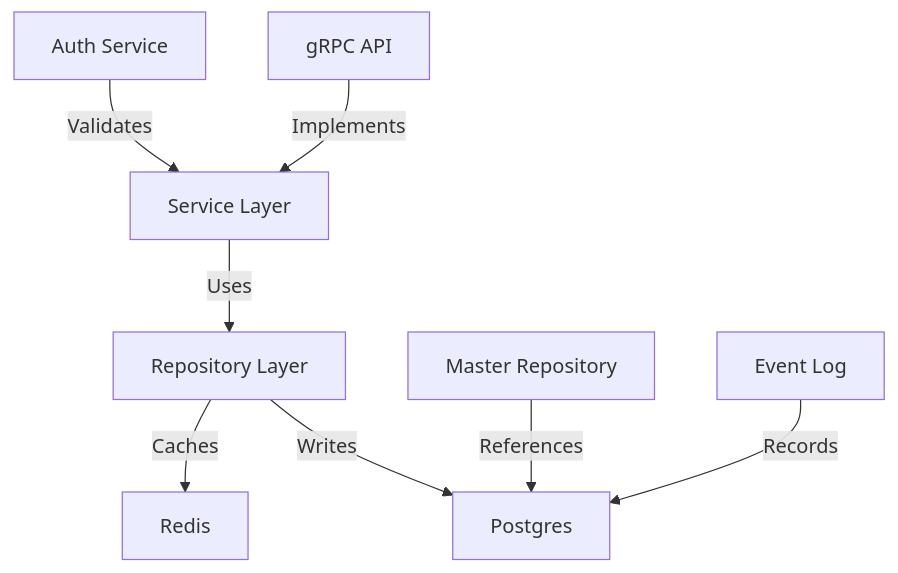
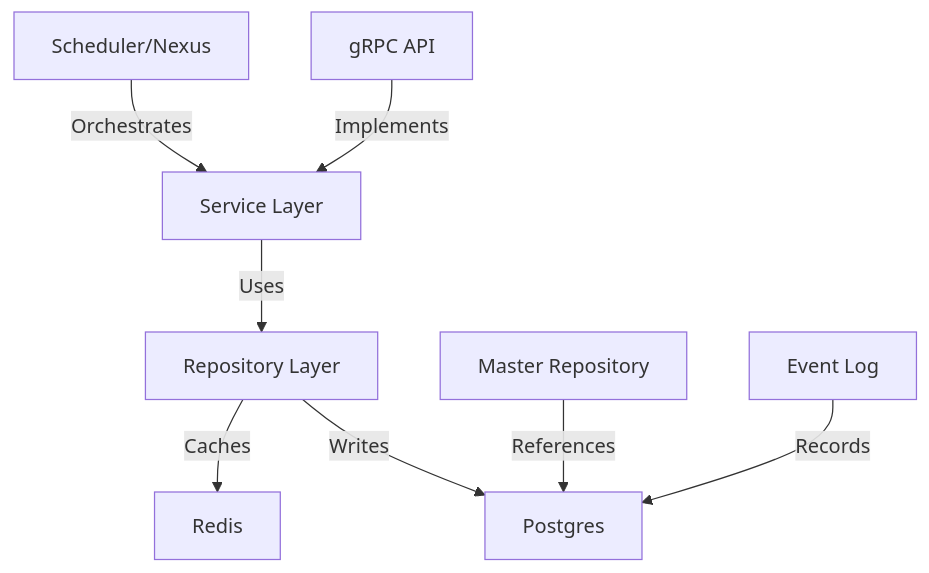
The diagram in docs/services/user/README.md (nmxmxh/master-ovasabi), drawn with Mermaid before and after one commit. The commit also changed other lines of this file and 482 other files, not shown here.

````diff
--- a/docs/services/user/README.md
+++ b/docs/services/user/README.md
@@ -8,10 +24,10 @@
 ```mermaid
 graph TD
     A[gRPC API] -->|Implements| B[Service Layer]
     B -->|Uses| C[Repository Layer]
     C -->|Writes| D[Postgres]
     C -->|Caches| E[Redis]
     F[Master Repository] -->|References| D
     G[Event Log] -->|Records| D
-    H[Auth Service] -->|Validates| B
+    H[Scheduler/Nexus] -->|Orchestrates| B
 ```
````
